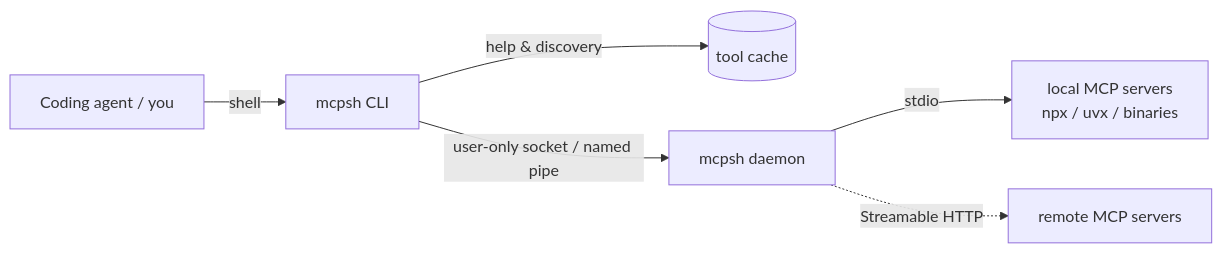
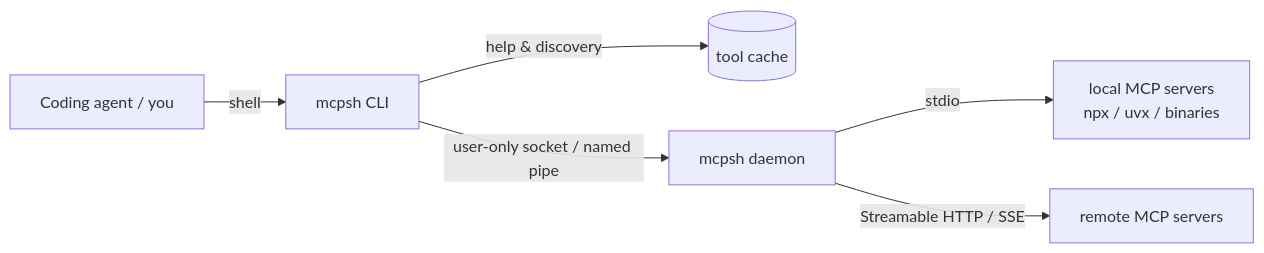
Before and after one commit to davidemaggi/mcpsh: the diagram in README.md, drawn with Mermaid. The commit also changed other lines of this file and 8 other files, not shown here.

First line of the commit message:
Phase 3: Streamable HTTP, legacy SSE, headers, list_changed

````diff
--- a/README.md
+++ b/README.md
@@ -209,8 +212,8 @@
 ```mermaid
 flowchart LR
     A[Coding agent / you] -- shell --> C[mcpsh CLI]
     C -- help & discovery --> K[(tool cache)]
     C -- user-only socket / named pipe --> D[mcpsh daemon]
     D -- stdio --> S1[local MCP servers<br/>npx / uvx / binaries]
-    D -. Streamable HTTP .-> S2[remote MCP servers]
+    D -- Streamable HTTP / SSE --> S2[remote MCP servers]
 ```
````
